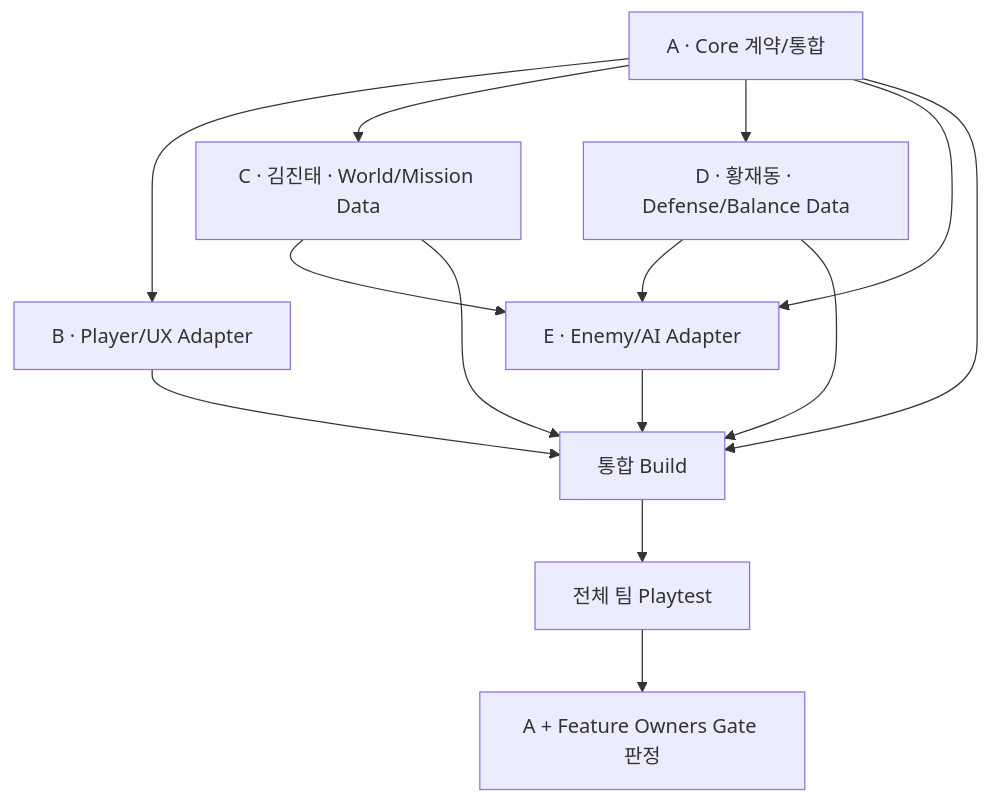
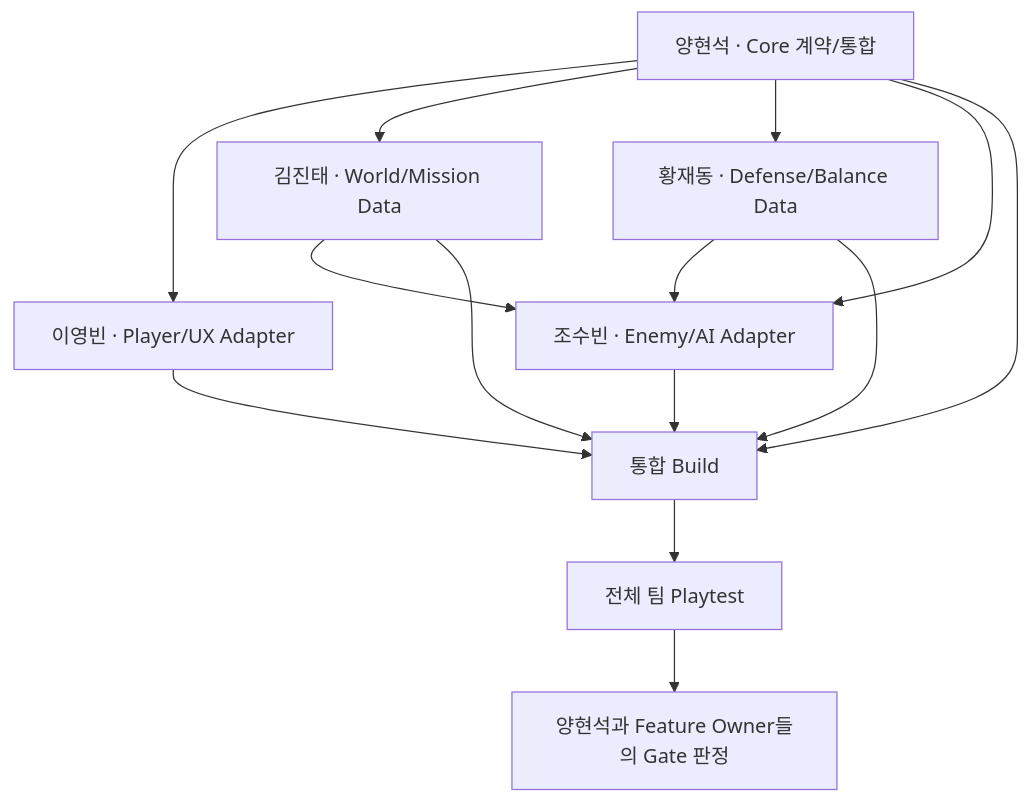
One commit to Team-HJD-21/unity-6-the-developer changed the second of 2 diagrams in Docs/planning/DEVELOPMENT_FLOW.md. Above: the diagram before and after it, drawn with Mermaid. The commit also changed other lines of this file and 26 other files, not shown here.

````diff
--- a/Docs/planning/DEVELOPMENT_FLOW.md
+++ b/Docs/planning/DEVELOPMENT_FLOW.md
@@ -53,16 +53,16 @@
 ```mermaid
 flowchart TD
-    A[A · Core 계약/통합] --> B[B · Player/UX Adapter]
-    A --> C[C · 김진태 · World/Mission Data]
-    A --> D[D · 황재동 · Defense/Balance Data]
-    A --> E[E · Enemy/AI Adapter]
+    A[양현석 · Core 계약/통합] --> B[이영빈 · Player/UX Adapter]
+    A --> C[김진태 · World/Mission Data]
+    A --> D[황재동 · Defense/Balance Data]
+    A --> E[조수빈 · Enemy/AI Adapter]
     C --> E
     D --> E
     B --> BUILD[통합 Build]
     C --> BUILD
     D --> BUILD
     E --> BUILD
     A --> BUILD
     BUILD --> TEST[전체 팀 Playtest]
-    TEST --> GATE[A + Feature Owners Gate 판정]
+    TEST --> GATE[양현석과 Feature Owner들의 Gate 판정]
 ```
````
